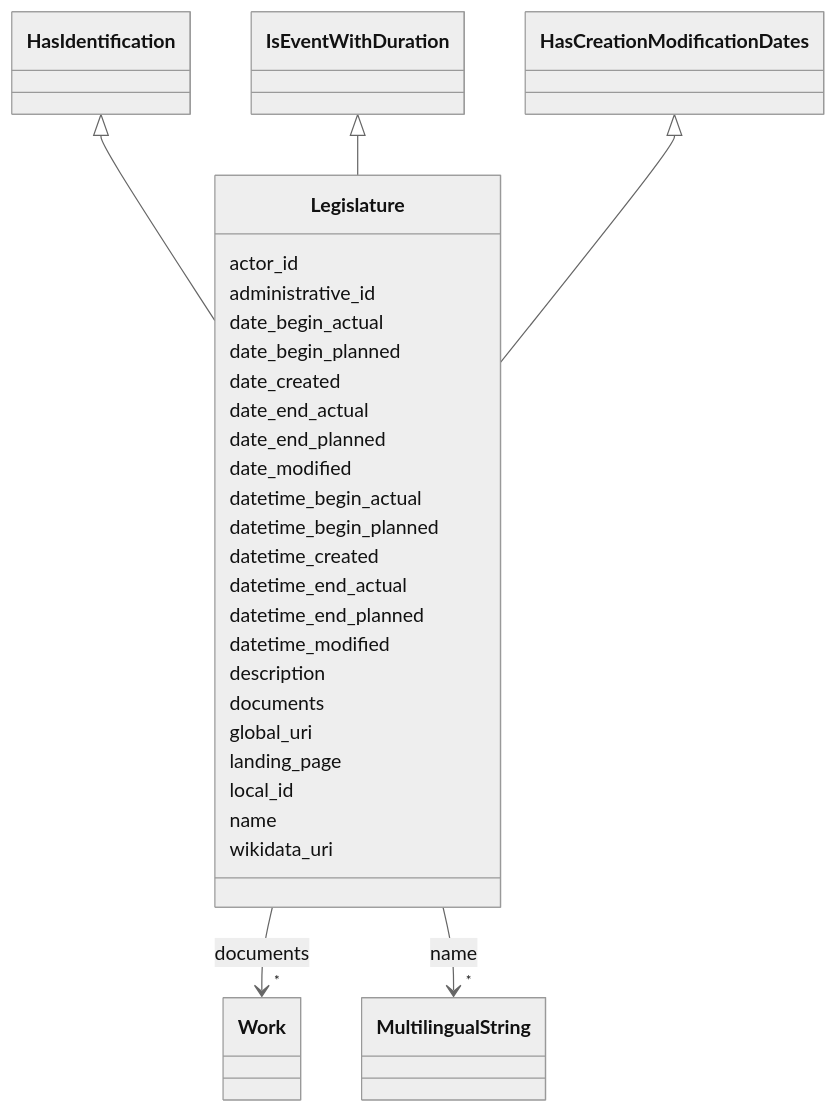
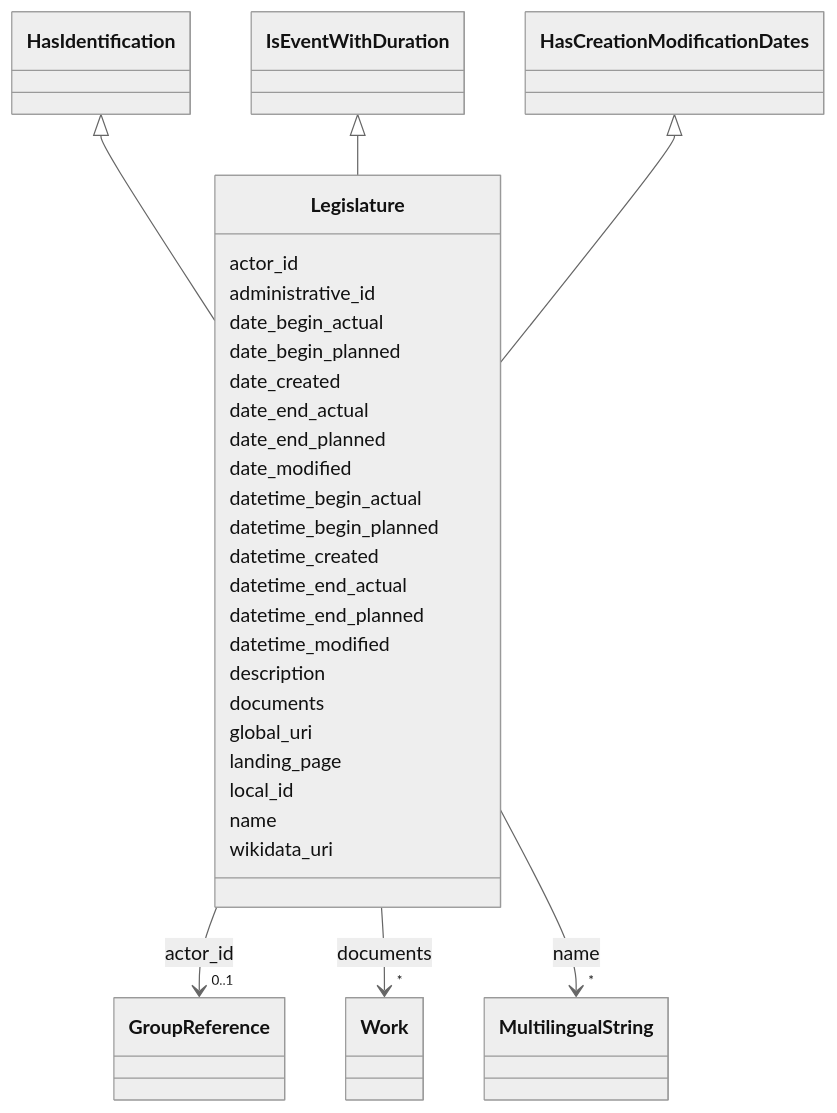
One commit to swiss/political-affairs-ech-group changed the diagram in ech-0293_operations/output/docs/Legislature.md. Above: the diagram before and after it, drawn with Mermaid (neutral theme). The commit also changed other lines of this file and 27 other files, not shown here.

````diff
--- a/ech-0293_operations/output/docs/Legislature.md
+++ b/ech-0293_operations/output/docs/Legislature.md
@@ -27,73 +27,82 @@
 ```mermaid
  classDiagram
     class Legislature
     click Legislature href "../Legislature/"
       HasIdentification <|-- Legislature
         click HasIdentification href "../HasIdentification/"
       IsEventWithDuration <|-- Legislature
         click IsEventWithDuration href "../IsEventWithDuration/"
       HasCreationModificationDates <|-- Legislature
         click HasCreationModificationDates href "../HasCreationModificationDates/"
       
       Legislature : actor_id
+        
+          
+    
+        
+        
+        Legislature --> "0..1" GroupReference : actor_id
+        click GroupReference href "../GroupReference/"
+    
+
         
       Legislature : administrative_id
         
       Legislature : date_begin_actual
         
       Legislature : date_begin_planned
         
       Legislature : date_created
         
       Legislature : date_end_actual
         
       Legislature : date_end_planned
         
       Legislature : date_modified
         
       Legislature : datetime_begin_actual
         
       Legislature : datetime_begin_planned
         
       Legislature : datetime_created
         
       Legislature : datetime_end_actual
         
       Legislature : datetime_end_planned
         
       Legislature : datetime_modified
         
       Legislature : description
         
       Legislature : documents
         
           
     
         
         
         Legislature --> "*" Work : documents
         click Work href "../Work/"
     
 
         
       Legislature : global_uri
         
       Legislature : landing_page
         
       Legislature : local_id
         
       Legislature : name
         
           
     
         
         
         Legislature --> "*" MultilingualString : name
         click MultilingualString href "../MultilingualString/"
     
 
         
       Legislature : wikidata_uri
         
       
 ```
````
